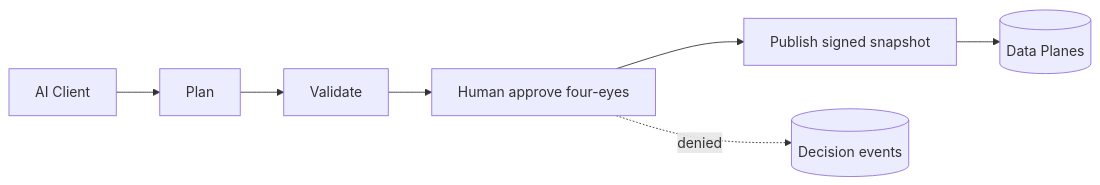
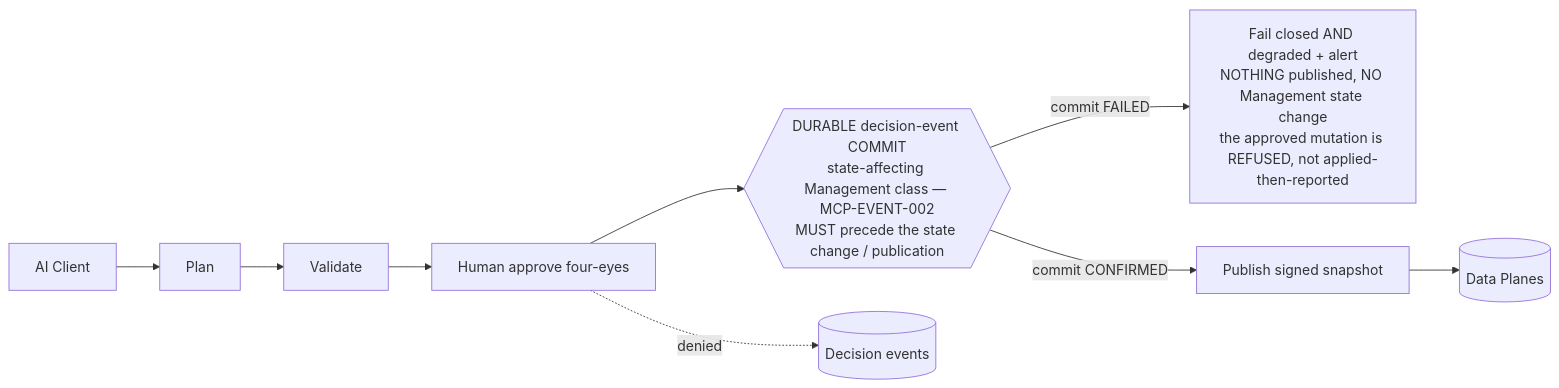
The third of 15 diagrams in docs/design/mcp/DATA-FLOW-DIAGRAMS.md (KidCarmi/Culvert), drawn with Mermaid before and after one commit. The commit also changed other lines of this file and 2 other files, not shown here.

First line of the commit message:
docs(mcp): require both failure modes, and gate DFD-3 — the flow round 33's gate governs

````diff
--- a/docs/design/mcp/DATA-FLOW-DIAGRAMS.md
+++ b/docs/design/mcp/DATA-FLOW-DIAGRAMS.md
@@ -60,7 +60,9 @@
 ```mermaid
 flowchart LR
   AC[AI Client] --> PLAN[Plan] --> VALID[Validate] --> APPR[Human approve four-eyes]
-  APPR --> PUB[Publish signed snapshot]
+  APPR --> WALM{{"DURABLE decision-event COMMIT<br/>state-affecting Management class — MCP-EVENT-002<br/>MUST precede the state change / publication"}}
+  WALM -- "commit FAILED" --> FCM["Fail closed AND degraded + alert<br/>NOTHING published, NO Management state change<br/>the approved mutation is REFUSED, not applied-then-reported"]
+  WALM -- "commit CONFIRMED" --> PUB[Publish signed snapshot]
   PUB --> DP[(Data Planes)]
   APPR -. denied .-> EV[(Decision events)]
 ```
````
